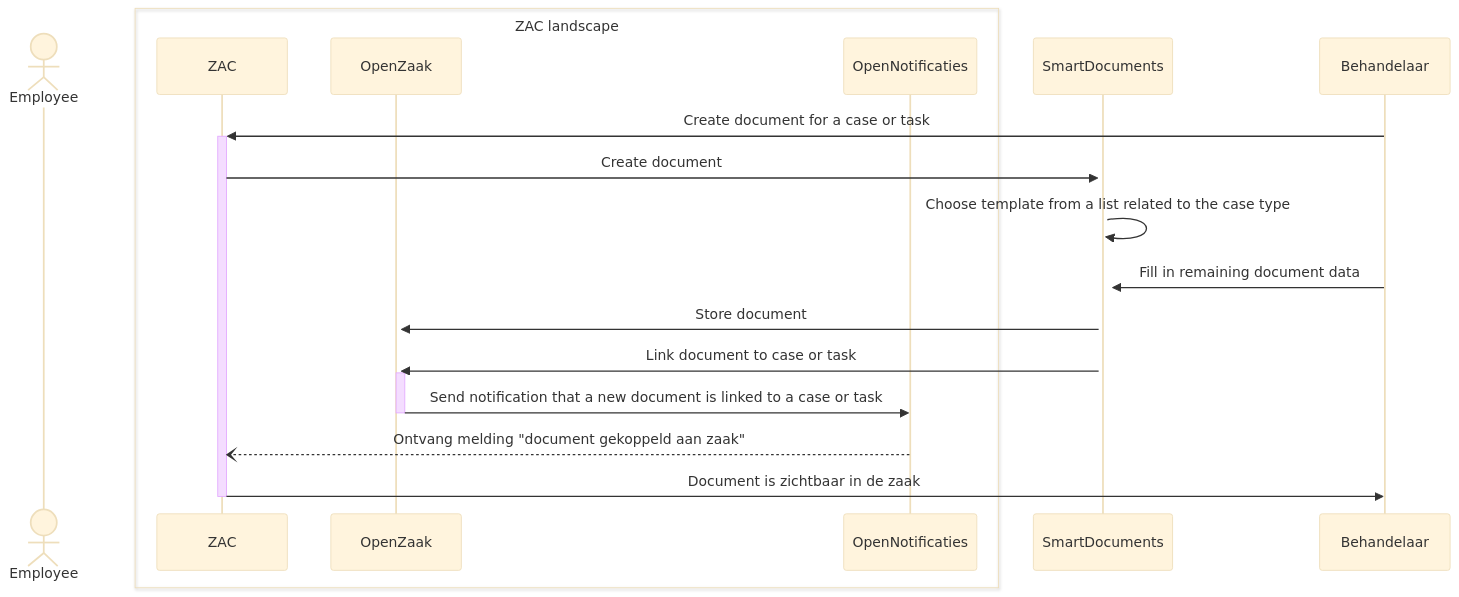
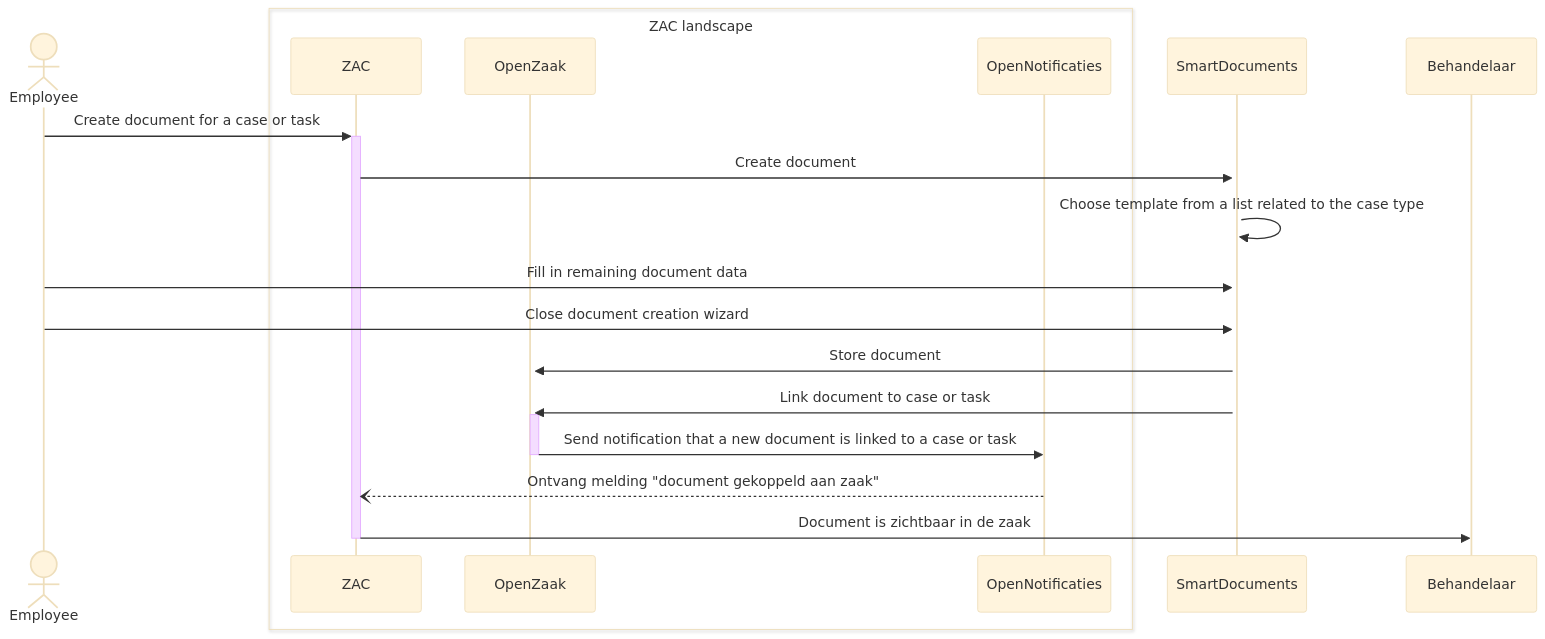
Before and after one commit to infonl/dimpact-zaakafhandelcomponent: the second of 2 diagrams in docs/solution-architecture/technicalFlows.md, drawn with Mermaid (base theme).

Commit message:
feat: added Open Formulieren flow

````diff
--- a/docs/solution-architecture/technicalFlows.md
+++ b/docs/solution-architecture/technicalFlows.md
@@ -69,20 +69,21 @@
 ```mermaid
 sequenceDiagram
     actor Employee
     box ZAC landscape
     participant ZAC
     participant OpenZaak
     participant OpenNotificaties
     end
     participant SmartDocuments
 
-    Behandelaar->>+ZAC: Create document for a case or task
+    Employee->>+ZAC: Create document for a case or task
     ZAC->>+SmartDocuments: Create document
     SmartDocuments->>+SmartDocuments: Choose template from a list related to the case type
-    Behandelaar->>+SmartDocuments: Fill in remaining document data
+    Employee->>+SmartDocuments: Fill in remaining document data
+    Employee->>+SmartDocuments: Close document creation wizard
     SmartDocuments->>+OpenZaak: Store document
     SmartDocuments->>+OpenZaak: Link document to case or task
     OpenZaak->>-OpenNotificaties: Send notification that a new document is linked to a case or task
     OpenNotificaties--)ZAC: Ontvang melding "document gekoppeld aan zaak"
     ZAC->>-Behandelaar: Document is zichtbaar in de zaak
 ```
````
